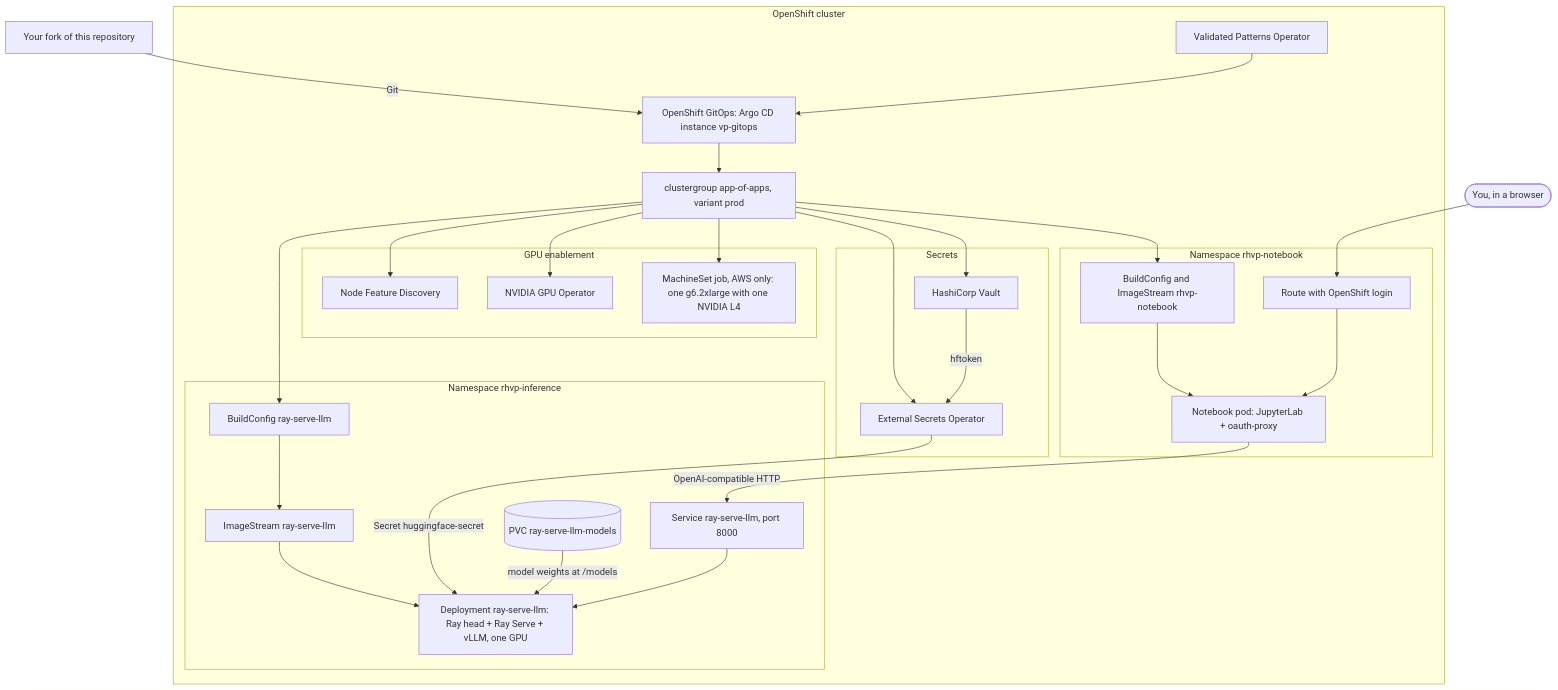
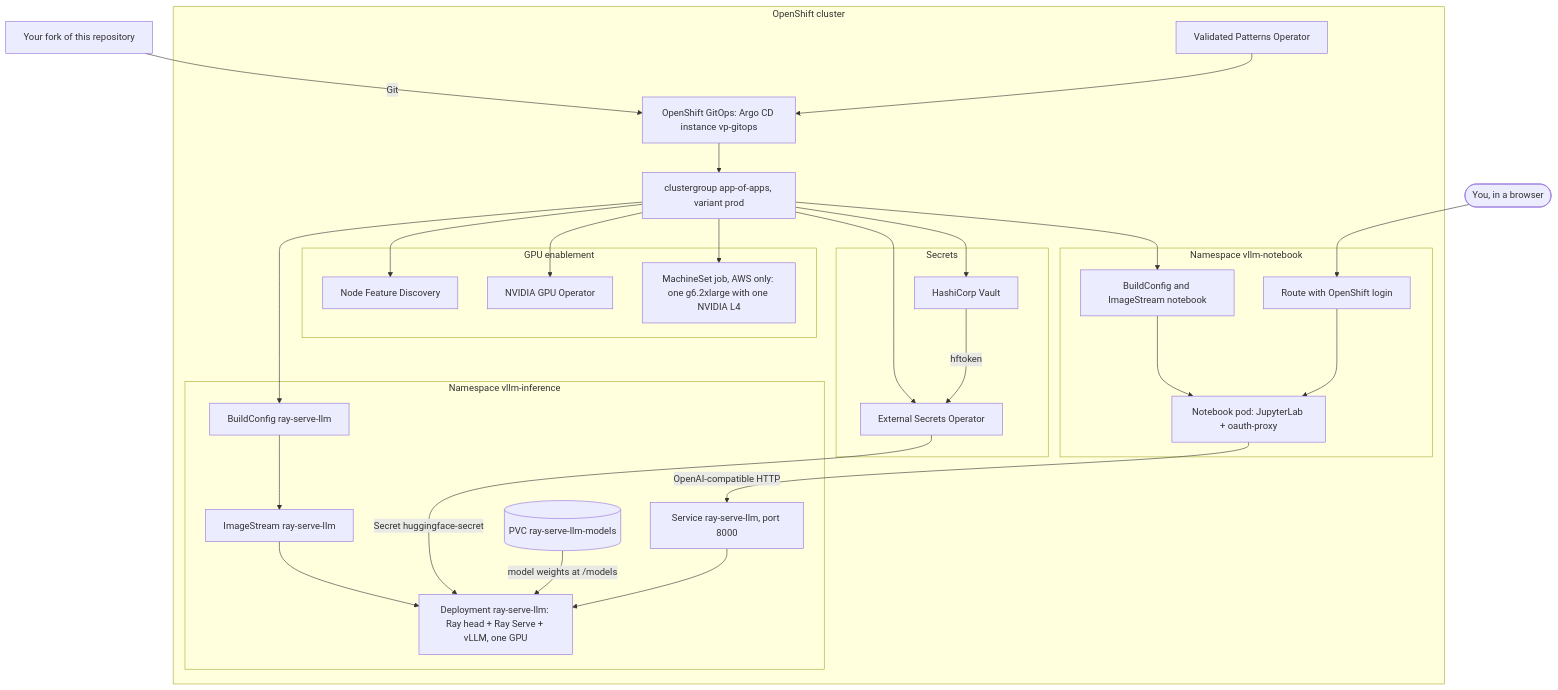
Before and after one commit to eugo-inc/rhvp-vllm-ray-inference-server: the diagram in README.md, drawn with Mermaid. The commit also changed other lines of this file and 25 other files, not shown here.

First line of the commit message:
refactor!: rename the namespaces to vllm-inference and vllm-notebook

````diff
--- a/README.md
+++ b/README.md
@@ -50,57 +50,57 @@
 ```mermaid
 flowchart TB
   fork["Your fork of this repository"]
   user(["You, in a browser"])
 
   subgraph ocp["OpenShift cluster"]
     vpo["Validated Patterns Operator"]
     argo["OpenShift GitOps: Argo CD instance vp-gitops"]
     cg["clustergroup app-of-apps, variant prod"]
 
     subgraph secrets["Secrets"]
       vault["HashiCorp Vault"]
       eso["External Secrets Operator"]
     end
 
     subgraph gpu["GPU enablement"]
       nfd["Node Feature Discovery"]
       gpuop["NVIDIA GPU Operator"]
       ms["MachineSet job, AWS only: one g6.2xlarge with one NVIDIA L4"]
     end
 
-    subgraph inference["Namespace rhvp-inference"]
+    subgraph inference["Namespace vllm-inference"]
       bc["BuildConfig ray-serve-llm"]
       isr["ImageStream ray-serve-llm"]
       dep["Deployment ray-serve-llm: Ray head + Ray Serve + vLLM, one GPU"]
       pvc[("PVC ray-serve-llm-models")]
       svc["Service ray-serve-llm, port 8000"]
     end
 
-    subgraph notebook["Namespace rhvp-notebook"]
-      nbbuild["BuildConfig and ImageStream rhvp-notebook"]
+    subgraph notebook["Namespace vllm-notebook"]
+      nbbuild["BuildConfig and ImageStream notebook"]
       nb["Notebook pod: JupyterLab + oauth-proxy"]
       route["Route with OpenShift login"]
     end
   end
 
   fork -- "Git" --> argo
   vpo --> argo
   argo --> cg
   cg --> vault
   cg --> eso
   cg --> nfd
   cg --> gpuop
   cg --> ms
   cg --> bc
   cg --> nbbuild
   bc --> isr
   isr --> dep
   vault -- "hftoken" --> eso
   eso -- "Secret huggingface-secret" --> dep
   pvc -- "model weights at /models" --> dep
   svc --> dep
   nbbuild --> nb
   user --> route
   route --> nb
   nb -- "OpenAI-compatible HTTP" --> svc
 ```
````
